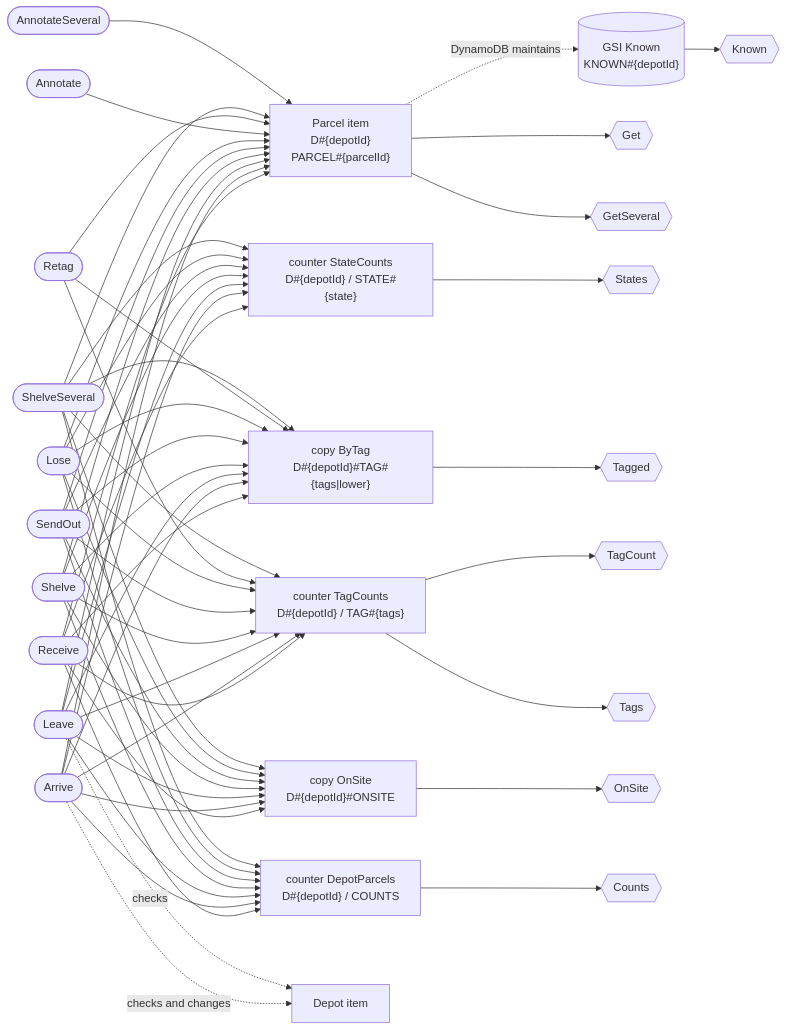
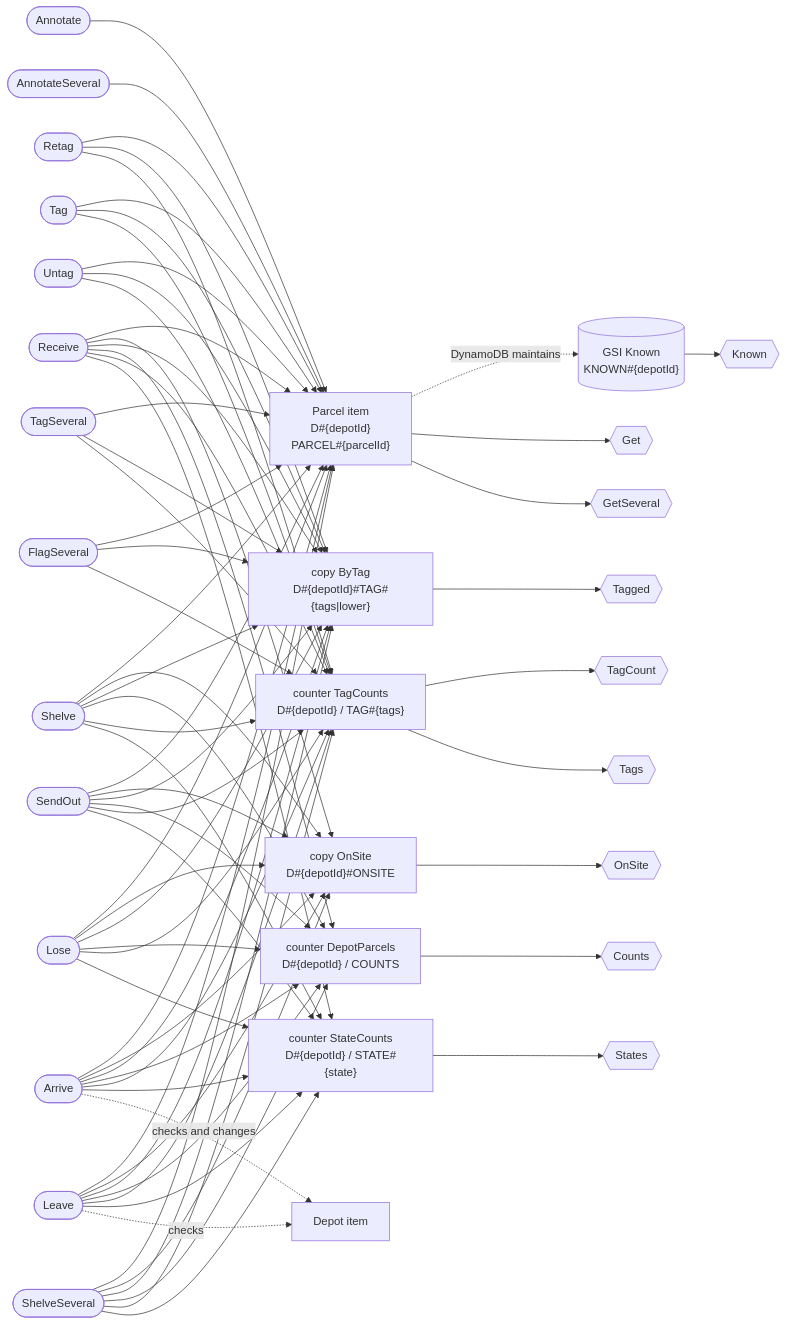
Before and after one commit to nicklanng/dynago: the seventh of 9 diagrams in internal/e2e/fixture/fixture.model.md, drawn with Mermaid. The commit also changed other lines of this file and 20 other files, not shown here.

````diff
--- a/internal/e2e/fixture/fixture.model.md
+++ b/internal/e2e/fixture/fixture.model.md
@@ -442,53 +455,61 @@
 ```mermaid
 flowchart LR
   item_Parcel["Parcel item<br/>D#35;{depotId}<br/>PARCEL#35;{parcelId}"]
   ix_OnSite["copy OnSite<br/>D#35;{depotId}#35;ONSITE"]
   ix_ByTag["copy ByTag<br/>D#35;{depotId}#35;TAG#35;{tags|lower}"]
   ix_Known[("GSI Known<br/>KNOWN#35;{depotId}")]
   item_Parcel -. DynamoDB maintains .-> ix_Known
   counter_DepotParcels["counter DepotParcels<br/>D#35;{depotId} / COUNTS"]
   counter_TagCounts["counter TagCounts<br/>D#35;{depotId} / TAG#35;{tags}"]
   counter_StateCounts["counter StateCounts<br/>D#35;{depotId} / STATE#35;{state}"]
   w_Receive(["Receive"])
   w_Receive --> item_Parcel & ix_OnSite & ix_ByTag & counter_DepotParcels & counter_TagCounts & counter_StateCounts
   w_Arrive(["Arrive"])
   w_Arrive --> item_Parcel & ix_OnSite & ix_ByTag & counter_DepotParcels & counter_TagCounts & counter_StateCounts
   other_Depot["Depot item"]
   w_Arrive -. checks and changes .-> other_Depot
   w_Leave(["Leave"])
   w_Leave --> item_Parcel & ix_OnSite & ix_ByTag & counter_DepotParcels & counter_TagCounts & counter_StateCounts
   other_Depot["Depot item"]
   w_Leave -. checks .-> other_Depot
   w_Shelve(["Shelve"])
   w_Shelve --> item_Parcel & ix_OnSite & ix_ByTag & counter_DepotParcels & counter_TagCounts & counter_StateCounts
   w_SendOut(["SendOut"])
   w_SendOut --> item_Parcel & ix_OnSite & ix_ByTag & counter_DepotParcels & counter_TagCounts & counter_StateCounts
   w_Lose(["Lose"])
   w_Lose --> item_Parcel & ix_OnSite & ix_ByTag & counter_DepotParcels & counter_TagCounts & counter_StateCounts
   w_Annotate(["Annotate"])
   w_Annotate --> item_Parcel
   w_Retag(["Retag"])
   w_Retag --> item_Parcel & ix_ByTag & counter_TagCounts
   w_ShelveSeveral(["ShelveSeveral"])
   w_ShelveSeveral --> item_Parcel & ix_OnSite & ix_ByTag & counter_DepotParcels & counter_TagCounts & counter_StateCounts
+  w_Tag(["Tag"])
+  w_Tag --> item_Parcel & ix_ByTag & counter_TagCounts
+  w_Untag(["Untag"])
+  w_Untag --> item_Parcel & ix_ByTag & counter_TagCounts
+  w_TagSeveral(["TagSeveral"])
+  w_TagSeveral --> item_Parcel & ix_ByTag & counter_TagCounts
+  w_FlagSeveral(["FlagSeveral"])
+  w_FlagSeveral --> item_Parcel & ix_ByTag & counter_TagCounts
   w_AnnotateSeveral(["AnnotateSeveral"])
   w_AnnotateSeveral --> item_Parcel
   r_Get{{"Get"}}
   item_Parcel --> r_Get
   r_GetSeveral{{"GetSeveral"}}
   item_Parcel --> r_GetSeveral
   r_States{{"States"}}
   counter_StateCounts --> r_States
   r_Tagged{{"Tagged"}}
   ix_ByTag --> r_Tagged
   r_TagCount{{"TagCount"}}
   counter_TagCounts --> r_TagCount
   r_Tags{{"Tags"}}
   counter_TagCounts --> r_Tags
   r_OnSite{{"OnSite"}}
   ix_OnSite --> r_OnSite
   r_Known{{"Known"}}
   ix_Known --> r_Known
   r_Counts{{"Counts"}}
   counter_DepotParcels --> r_Counts
 ```
````
